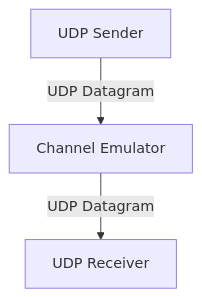
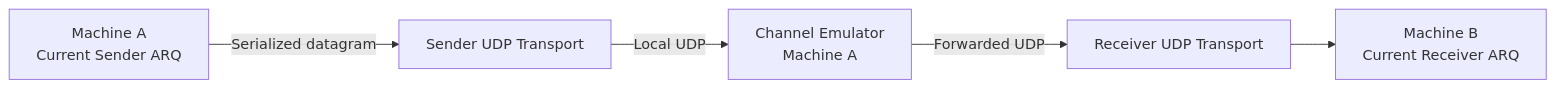
The sixth of 9 diagrams in docs/architecture.md (Siddharth-Nath-06/Reliable-UDP), drawn with Mermaid before and after one commit. The commit also changed other lines of this file, not shown here.

Commit message:
clarify channel emulator placement in transport chain

````diff
--- a/docs/architecture.md
+++ b/docs/architecture.md
@@ -336,10 +350,14 @@
 ```mermaid
-flowchart TD
+flowchart LR
 
-    A[UDP Sender]
-    B[Channel Emulator]
-    C[UDP Receiver]
+    A[Machine A<br/>Current Sender ARQ]
+    B[Sender UDP Transport]
+    C[Channel Emulator<br/>Machine A]
+    D[Receiver UDP Transport]
+    E[Machine B<br/>Current Receiver ARQ]
 
-    A -->|UDP Datagram| B
-    B -->|UDP Datagram| C
+    A -->|Serialized datagram| B
+    B -->|Local UDP| C
+    C -->|Forwarded UDP| D
+    D --> E
 ```
````
